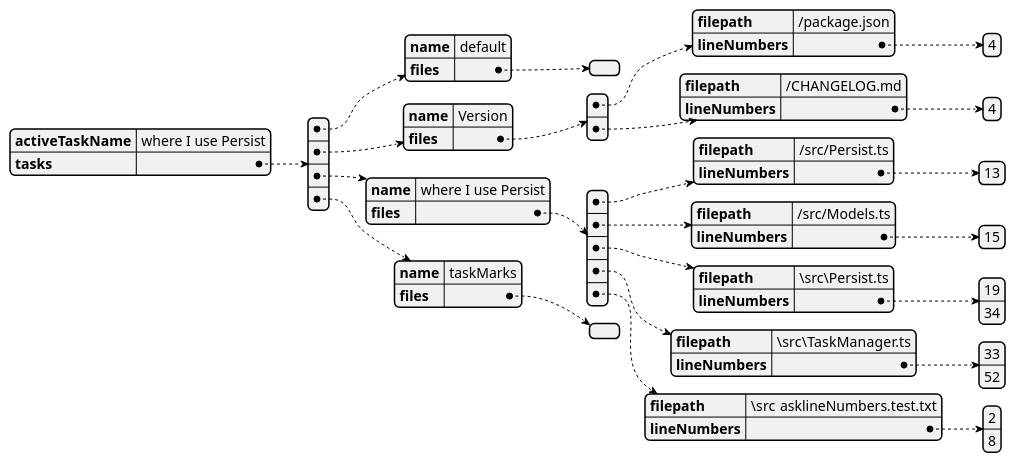
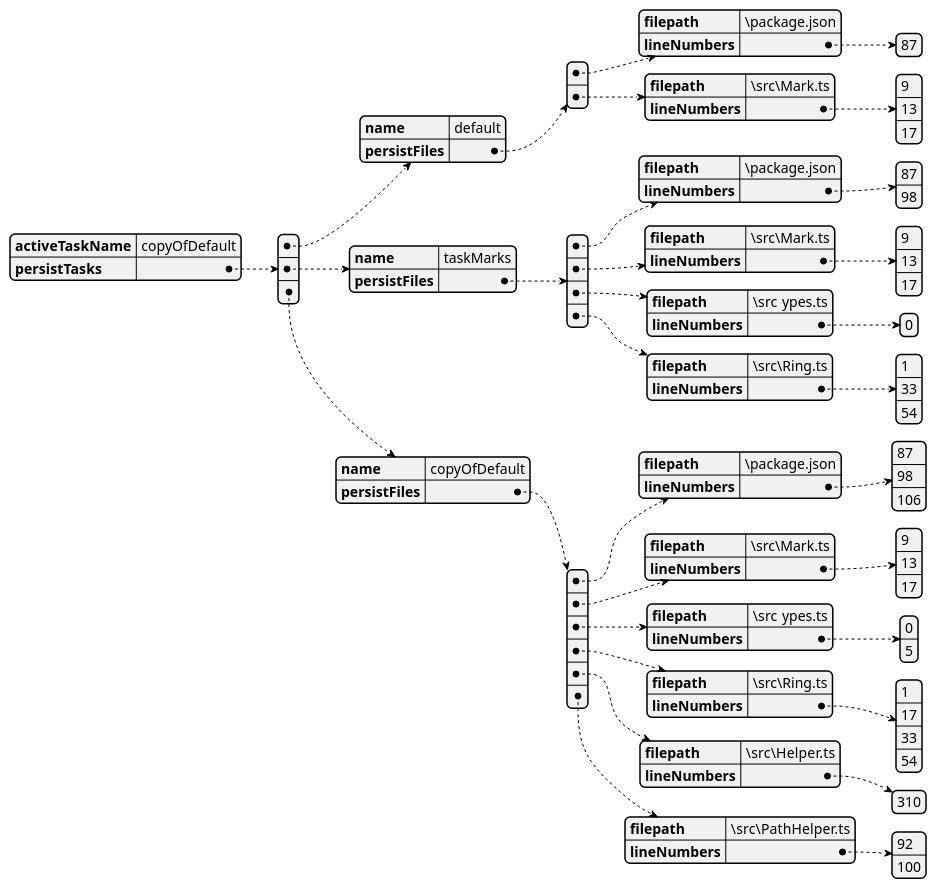
The diagram in docu/taskmarks.json.puml (norbertK/taskmarks), drawn with PlantUML before and after one commit. The commit also changed 21 other files, not shown here.

```diff
--- a/docu/taskmarks.json.puml
+++ b/docu/taskmarks.json.puml
@@ -1,70 +1,110 @@
-@startjson
+@startjson taskmarks.json
 {
-  "activeTaskName": "where I use Persist",
-  "tasks": [
+  "activeTaskName": "copyOfDefault",
+  "persistTasks": [
     {
       "name": "default",
-      "files": []
-    },
-    {
-      "name": "Version",
-      "files": [
+      "persistFiles": [
         {
-          "filepath": "/package.json",
+          "filepath": "\\package.json",
           "lineNumbers": [
-            4
+            87
           ]
         },
         {
-          "filepath": "/CHANGELOG.md",
+          "filepath": "\\src\\Mark.ts",
           "lineNumbers": [
-            4
-          ]
-        }
-      ]
-    },
-    {
-      "name": "where I use Persist",
-      "files": [
-        {
-          "filepath": "/src/Persist.ts",
-          "lineNumbers": [
-            13
-          ]
-        },
-        {
-          "filepath": "/src/Models.ts",
-          "lineNumbers": [
-            15
-          ]
-        },
-        {
-          "filepath": "\\src\\Persist.ts",
-          "lineNumbers": [
-            19,
-            34
-          ]
-        },
-        {
-          "filepath": "\\src\\TaskManager.ts",
-          "lineNumbers": [
-            33,
-            52
-          ]
-        },
-        {
-          "filepath": "\\src\\tasklineNumbers.test.txt",
-          "lineNumbers": [
-            2,
-            8
+            9,
+            13,
+            17
           ]
         }
       ]
     },
     {
       "name": "taskMarks",
-      "files": []
+      "persistFiles": [
+        {
+          "filepath": "\\package.json",
+          "lineNumbers": [
+            87,
+            98
+          ]
+        },
+        {
+          "filepath": "\\src\\Mark.ts",
+          "lineNumbers": [
+            9,
+            13,
+            17
+          ]
+        },
+        {
+          "filepath": "\\src\\types.ts",
+          "lineNumbers": [
+            0
+          ]
+        },
+        {
+          "filepath": "\\src\\Ring.ts",
+          "lineNumbers": [
+            1,
+            33,
+            54
+          ]
+        }
+      ]
+    },
+    {
+      "name": "copyOfDefault",
+      "persistFiles": [
+        {
+          "filepath": "\\package.json",
+          "lineNumbers": [
+            87,
+            98,
+            106
+          ]
+        },
+        {
+          "filepath": "\\src\\Mark.ts",
+          "lineNumbers": [
+            9,
+            13,
+            17
+          ]
+        },
+        {
+          "filepath": "\\src\\types.ts",
+          "lineNumbers": [
+            0,
+            5
+          ]
+        },
+        {
+          "filepath": "\\src\\Ring.ts",
+          "lineNumbers": [
+            1,
+            17,
+            33,
+            54
+          ]
+        },
+        {
+          "filepath": "\\src\\Helper.ts",
+          "lineNumbers": [
+            310
+          ]
+        },
+        {
+          "filepath": "\\src\\PathHelper.ts",
+          "lineNumbers": [
+            92,
+            100
+          ]
+        }
+      ]
     }
   ]
 }
 @endjson
```
